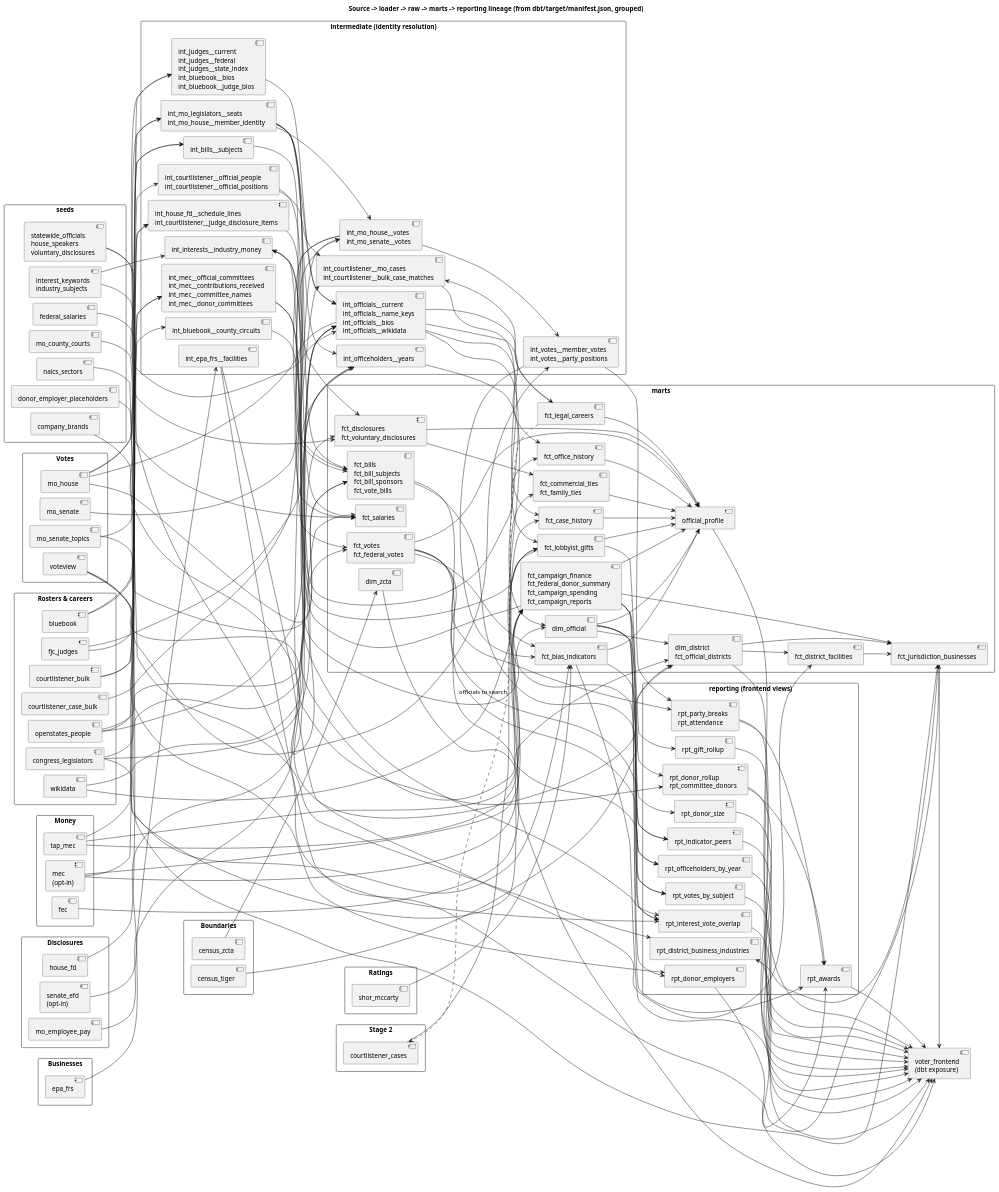
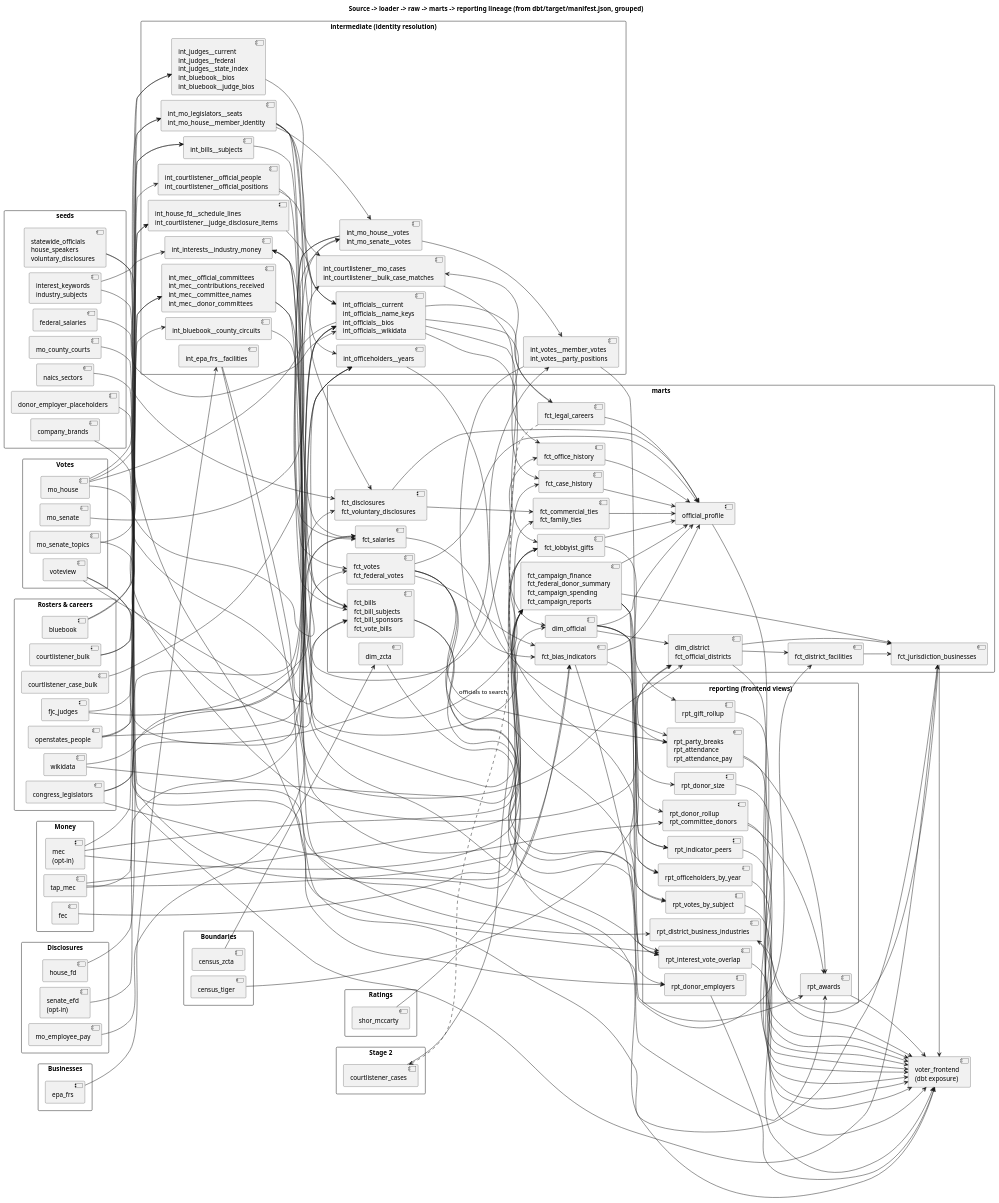
One commit to akettmann/missouri_gov_feed changed the diagram in docs/diagrams/lineage.puml. Above: the diagram before and after it, drawn with PlantUML. The commit also changed 11 other files, not shown here.

Commit message:
Show pay per vote attended under the attendance chart (#143)

```diff
--- a/docs/diagrams/lineage.puml
+++ b/docs/diagrams/lineage.puml
@@ -92,7 +92,7 @@
 
 package "reporting (frontend views)" {
   [rpt_indicator_peers] as R_peers
-  [rpt_party_breaks\nrpt_attendance] as R_votes
+  [rpt_party_breaks\nrpt_attendance\nrpt_attendance_pay] as R_votes
   [rpt_donor_rollup\nrpt_committee_donors] as R_money
   [rpt_gift_rollup] as R_gifts
   [rpt_interest_vote_overlap] as R_overlap
@@ -196,6 +196,7 @@
 dim --> R_peers
 F_votes --> R_votes
 I_party --> R_votes
+F_sal --> R_votes
 F_money --> R_money
 I_mec --> R_money
 F_gifts --> R_gifts
```
